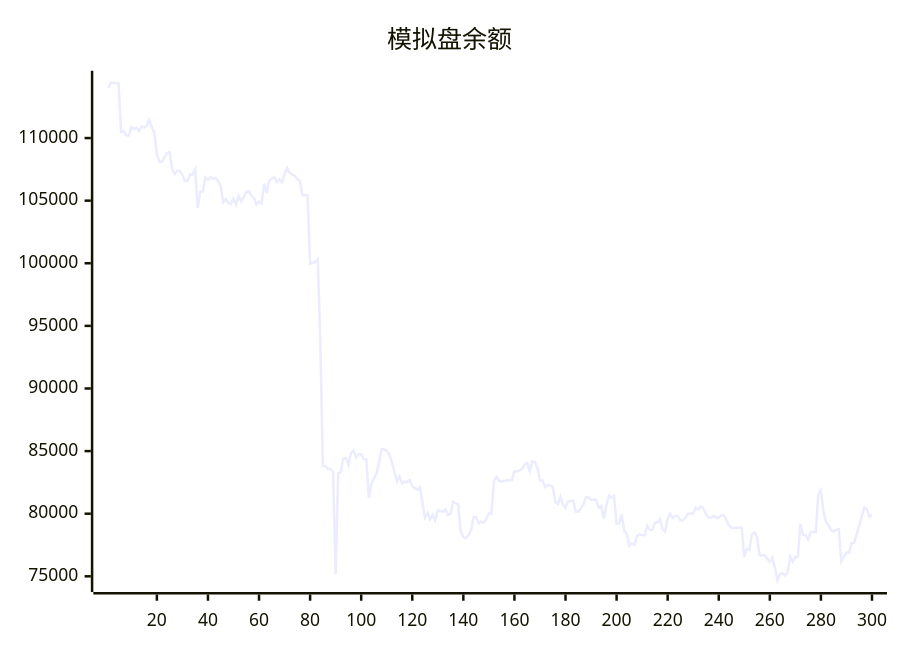
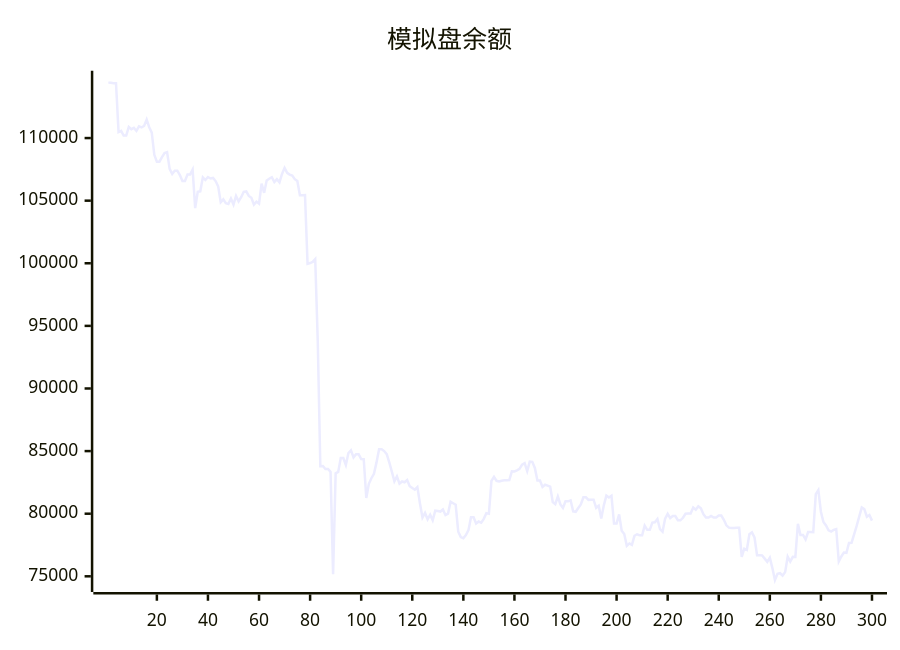
One commit to aahl/ai-trading changed the diagram in README.md. Above: the diagram before and after it, drawn with Mermaid. The commit also changed other lines of this file and 1 other file, not shown here.

````diff
--- a/README.md
+++ b/README.md
@@ -5,5 +5,5 @@
 ```mermaid
 xychart
     title "模拟盘余额"
-    line [113998,114427,114422,114384,114384,110477,110576,110198,110198,110890,110712,110812,110569,110929,110847,110968,111478,110870,110433,108661,108116,108115,108485,108797,108877,107536,107134,107393,107393,107046,106565,106565,107081,107081,107478,104404,105715,105749,106866,106651,106889,106771,106816,106565,106141,104876,105103,104796,104734,105169,104690,105380,104941,105272,105709,105739,105374,105227,104691,104924,104762,106364,105628,106608,106748,106872,106485,106721,106468,107132,107620,107224,107080,107001,106717,106567,105431,105431,105440,99950,100017,100113,100337,93749,83795,83807,83567,83567,83342,75168,83222,83336,84448,84449,83896,84839,85065,84499,84757,84757,84364,84347,81254,82385,82835,83184,84099,85150,85150,85002,84751,84096,83356,82582,82983,82404,82572,82512,82688,82200,82047,81920,82125,80840,79688,80060,79552,79920,79470,80236,80208,80170,80336,79894,80006,80954,80837,80712,78561,78139,78037,78293,78682,79720,79720,79214,79372,79279,79591,80046,79993,82625,82950,82626,82571,82633,82670,82670,82681,83386,83378,83464,83579,83920,84037,83402,84160,84142,83652,82655,82655,82145,82315,82243,82163,80934,80770,81371,80742,80468,80989,80989,81067,80191,80155,80450,80737,81309,81309,81106,81119,81119,80471,80631,79624,80670,81448,81290,81429,79212,79222,79940,78643,78380,77432,77623,77504,78235,78358,78284,78277,79048,78714,78714,79290,79308,79567,78763,78563,79603,79988,79652,79813,79813,79476,79469,79673,79995,80015,80015,80486,80314,80600,80436,79966,79689,79689,79819,79692,79692,79850,79850,79518,79071,78889,78850,78850,78878,78878,76554,77202,77103,78357,78510,78106,76678,76677,76672,76411,76159,76485,75656,74695,75197,75246,75052,75334,76564,76179,76553,76551,79196,78300,78300,77944,78531,78531,78521,81564,81884,80160,79335,79055,78675,78580,78708,78764,76179,76586,76902,76876,77658,77669,78346,79023,79769,80497,80366,79761,79896]
+    line [114427,114422,114384,114384,110477,110576,110198,110198,110890,110712,110812,110569,110929,110847,110968,111478,110870,110433,108661,108116,108115,108485,108797,108877,107536,107134,107393,107393,107046,106565,106565,107081,107081,107478,104404,105715,105749,106866,106651,106889,106771,106816,106565,106141,104876,105103,104796,104734,105169,104690,105380,104941,105272,105709,105739,105374,105227,104691,104924,104762,106364,105628,106608,106748,106872,106485,106721,106468,107132,107620,107224,107080,107001,106717,106567,105431,105431,105440,99950,100017,100113,100337,93749,83795,83807,83567,83567,83342,75168,83222,83336,84448,84449,83896,84839,85065,84499,84757,84757,84364,84347,81254,82385,82835,83184,84099,85150,85150,85002,84751,84096,83356,82582,82983,82404,82572,82512,82688,82200,82047,81920,82125,80840,79688,80060,79552,79920,79470,80236,80208,80170,80336,79894,80006,80954,80837,80712,78561,78139,78037,78293,78682,79720,79720,79214,79372,79279,79591,80046,79993,82625,82950,82626,82571,82633,82670,82670,82681,83386,83378,83464,83579,83920,84037,83402,84160,84142,83652,82655,82655,82145,82315,82243,82163,80934,80770,81371,80742,80468,80989,80989,81067,80191,80155,80450,80737,81309,81309,81106,81119,81119,80471,80631,79624,80670,81448,81290,81429,79212,79222,79940,78643,78380,77432,77623,77504,78235,78358,78284,78277,79048,78714,78714,79290,79308,79567,78763,78563,79603,79988,79652,79813,79813,79476,79469,79673,79995,80015,80015,80486,80314,80600,80436,79966,79689,79689,79819,79692,79692,79850,79850,79518,79071,78889,78850,78850,78878,78878,76554,77202,77103,78357,78510,78106,76678,76677,76672,76411,76159,76485,75656,74695,75197,75246,75052,75334,76564,76179,76553,76551,79196,78300,78300,77944,78531,78531,78521,81564,81884,80160,79335,79055,78675,78580,78708,78764,76179,76586,76902,76876,77658,77669,78346,79023,79769,80497,80366,79761,79896,79448]
 ```
````
